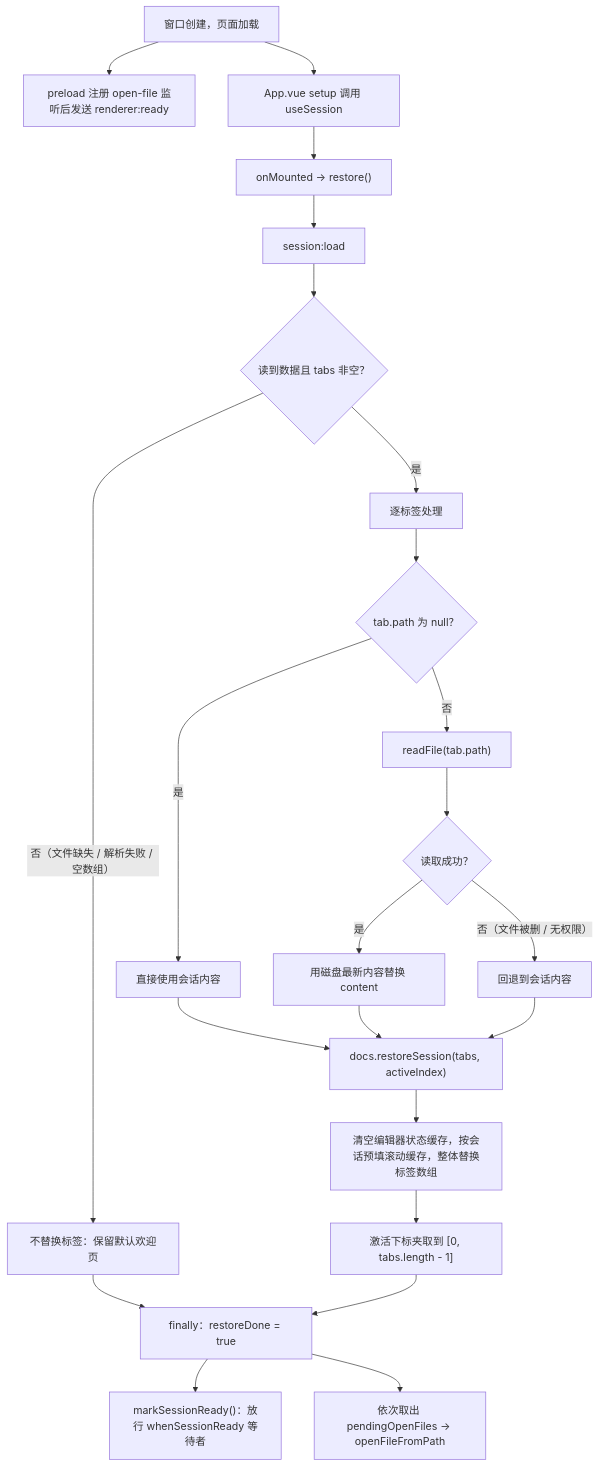
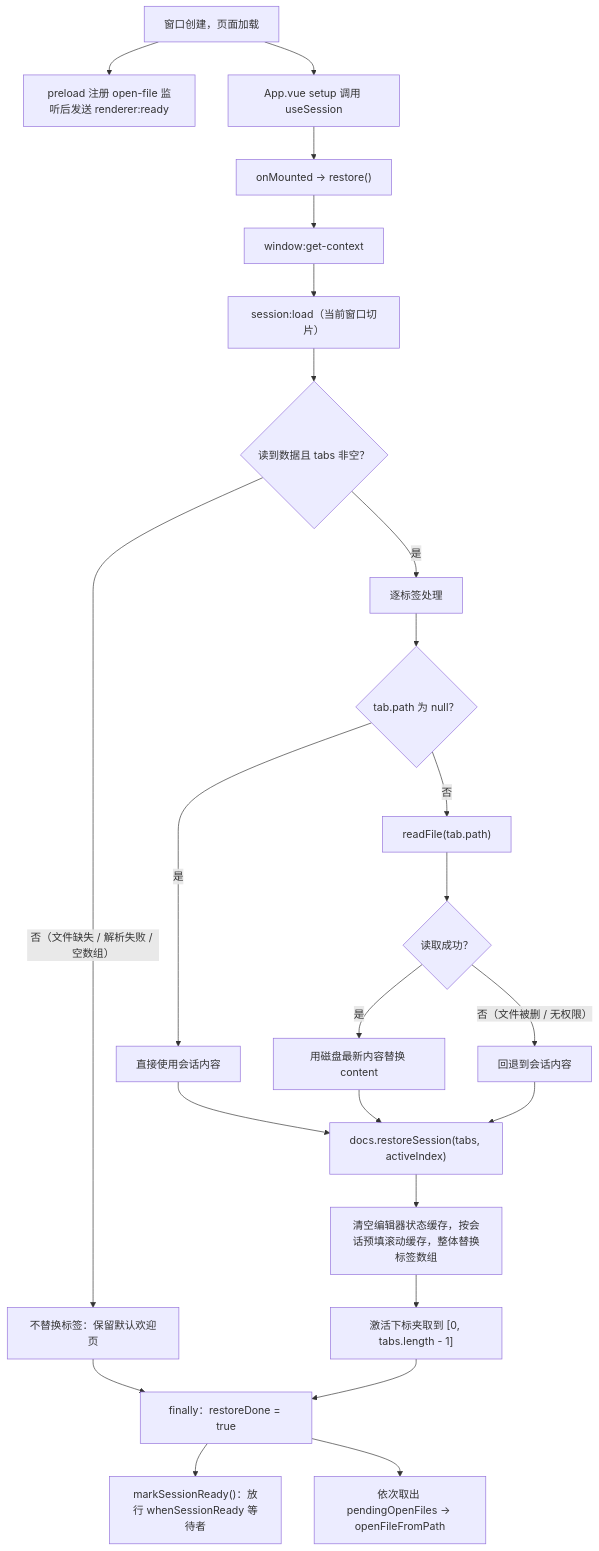
Before and after one commit to Harley-xk/mark-it: the second of 5 diagrams in docs/会话恢复与窗口状态.md, drawn with Mermaid. The commit also changed other lines of this file and 47 other files, not shown here.

````diff
--- a/docs/会话恢复与窗口状态.md
+++ b/docs/会话恢复与窗口状态.md
@@ -115,25 +129,26 @@
 ```mermaid
 flowchart TD
     A["窗口创建，页面加载"] --> B["preload 注册 open-file 监听后发送 renderer:ready"]
     A --> C["App.vue setup 调用 useSession"]
     C --> D["onMounted → restore()"]
-    D --> E["session:load"]
+    D --> C0["window:get-context"]
+    C0 --> E["session:load（当前窗口切片）"]
     E --> F{"读到数据且 tabs 非空？"}
     F -->|"否（文件缺失 / 解析失败 / 空数组）"| G["不替换标签：保留默认欢迎页"]
     F -->|"是"| H["逐标签处理"]
     H --> I{"tab.path 为 null？"}
     I -->|"是"| J["直接使用会话内容"]
     I -->|"否"| K["readFile(tab.path)"]
     K --> L{"读取成功？"}
     L -->|"是"| M["用磁盘最新内容替换 content"]
     L -->|"否（文件被删 / 无权限）"| N["回退到会话内容"]
     J --> O["docs.restoreSession(tabs, activeIndex)"]
     M --> O
     N --> O
     O --> P["清空编辑器状态缓存，按会话预填滚动缓存，整体替换标签数组"]
     P --> Q["激活下标夹取到 [0, tabs.length - 1]"]
     G --> R["finally：restoreDone = true"]
     Q --> R
     R --> S["markSessionReady()：放行 whenSessionReady 等待者"]
     R --> T["依次取出 pendingOpenFiles → openFileFromPath"]
 ```
````
